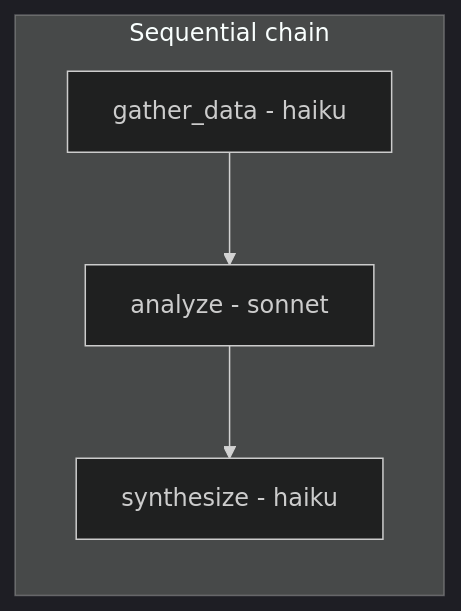
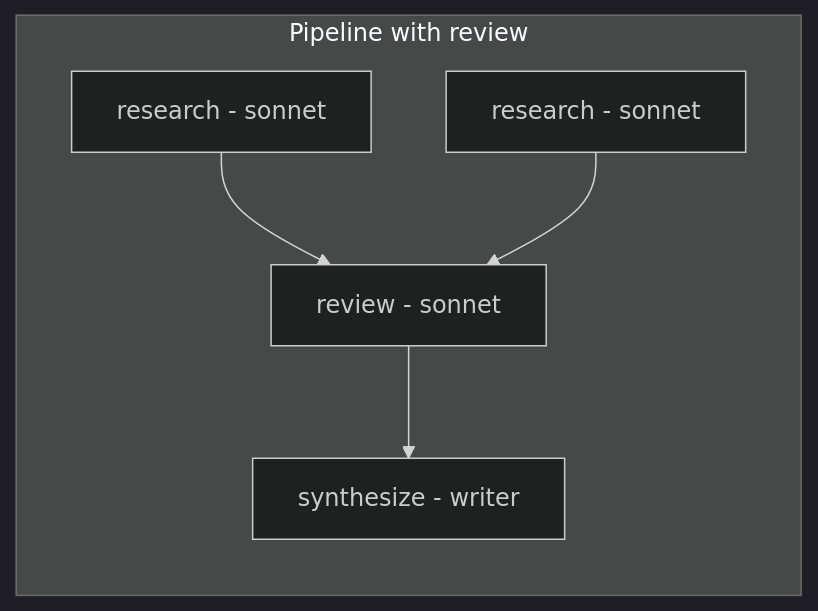
One commit to id/skitter changed the fourth of 4 diagrams in docs/architecture.md. Above: the diagram before and after it, drawn with Mermaid (dark theme). The commit also changed other lines of this file and 24 other files, not shown here.

Commit message:
feat: a2a architecture, predefined pipelines and agents

````diff
--- a/docs/architecture.md
+++ b/docs/architecture.md
@@ -98,7 +95,8 @@
 ```mermaid
 flowchart LR
-    subgraph Sequential chain
-        A[gather_data - haiku] --> B[analyze - sonnet]
-        B --> S[synthesize - haiku]
+    subgraph Pipeline with review
+        A[research - sonnet] --> R[review - sonnet]
+        B[research - sonnet] --> R
+        R --> S[synthesize - writer]
     end
 ```
````
